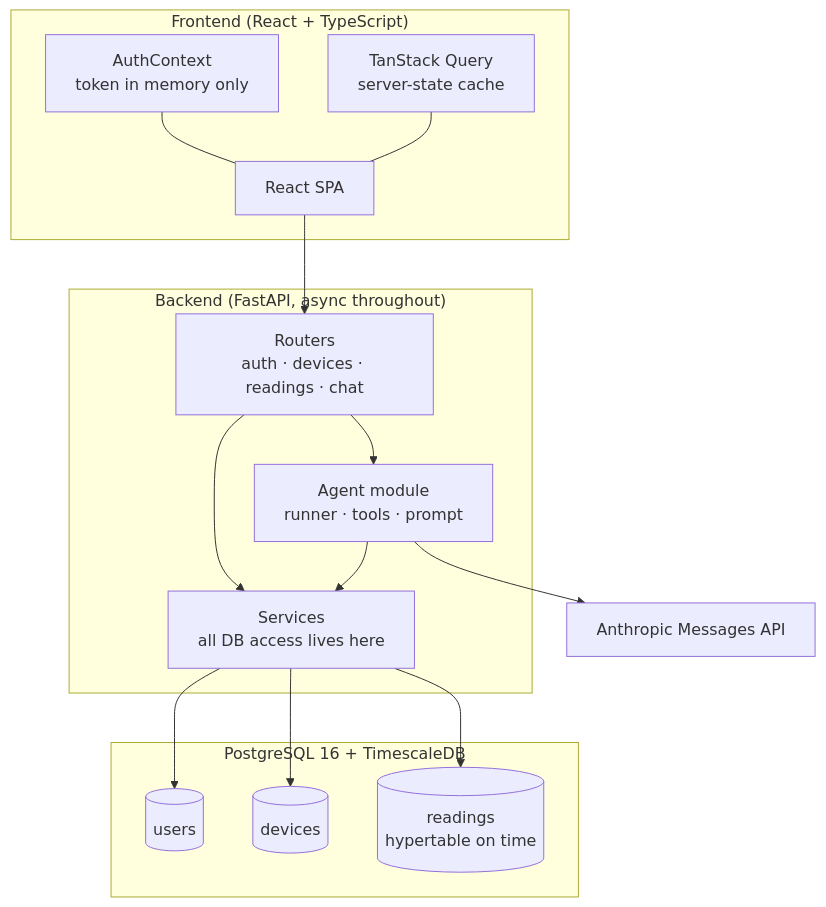
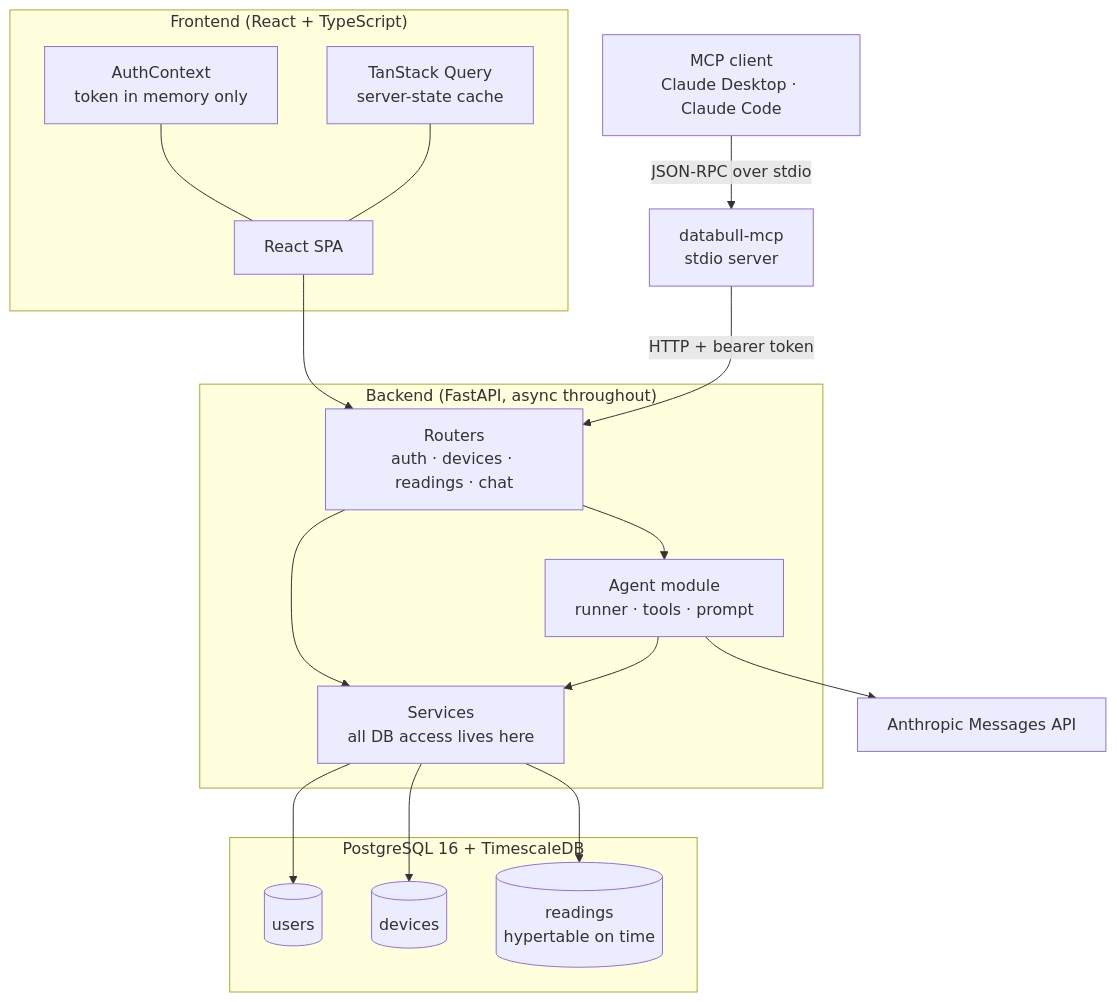
One commit to abirislam910/DataBull changed the first of 4 diagrams in README.md. Above: the diagram before and after it, drawn with Mermaid. The commit also changed other lines of this file and 2 other files, not shown here.

````diff
--- a/README.md
+++ b/README.md
@@ -46,33 +47,38 @@
 ```mermaid
 flowchart TB
     subgraph Client ["Frontend (React + TypeScript)"]
         SPA[React SPA]
         AC[AuthContext<br/>token in memory only]
         TQ[TanStack Query<br/>server-state cache]
     end
+
+    EXT[MCP client<br/>Claude Desktop · Claude Code]
+    MCP[databull-mcp<br/>stdio server]
 
     subgraph Server ["Backend (FastAPI, async throughout)"]
         RT[Routers<br/>auth · devices · readings · chat]
         SV[Services<br/>all DB access lives here]
         AG[Agent module<br/>runner · tools · prompt]
     end
 
     subgraph Data ["PostgreSQL 16 + TimescaleDB"]
         US[(users)]
         DV[(devices)]
         RD[(readings<br/>hypertable on time)]
     end
 
     AN[Anthropic Messages API]
 
     SPA --> RT
     AC --- SPA
     TQ --- SPA
+    EXT -->|JSON-RPC over stdio| MCP
+    MCP -->|HTTP + bearer token| RT
     RT --> SV
     RT --> AG
     AG --> SV
     AG --> AN
     SV --> US
     SV --> DV
     SV --> RD
 ```
````
